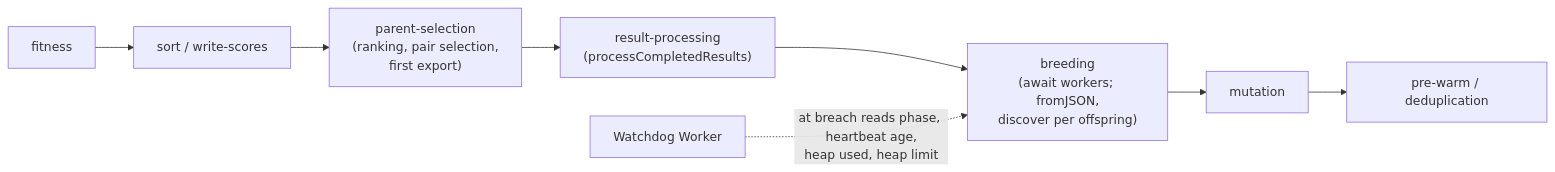
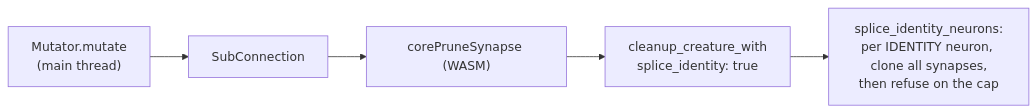
The diagram in docs/archive/pr-summaries/pr-summary-4096.md (stSoftwareAU/NEAT-AI), drawn with Mermaid before and after one commit. The commit also changed other lines of this file, not shown here.

````diff
--- a/docs/archive/pr-summaries/pr-summary-4096.md
+++ b/docs/archive/pr-summaries/pr-summary-4096.md
@@ -111,8 +83,7 @@
 ```mermaid
 flowchart LR
-    F["fitness"] --> S["sort / write-scores"] --> P["parent-selection<br/>(ranking, pair selection,<br/>first export)"]
-    P --> R["result-processing<br/>(processCompletedResults)"]
-    R --> B["breeding<br/>(await workers; fromJSON,<br/>discover per offspring)"]
-    B --> M["mutation"] --> D["pre-warm / deduplication"]
-    W["Watchdog Worker"] -. "at breach reads phase, heartbeat age,<br/>heap used, heap limit" .-> B
+    M["Mutator.mutate<br/>(main thread)"] --> S["SubConnection"]
+    S --> P["corePruneSynapse (WASM)"]
+    P --> C["cleanup_creature_with<br/>splice_identity: true"]
+    C --> X["splice_identity_neurons:<br/>per IDENTITY neuron, clone all synapses,<br/>then refuse on the cap"]
 ```
````
